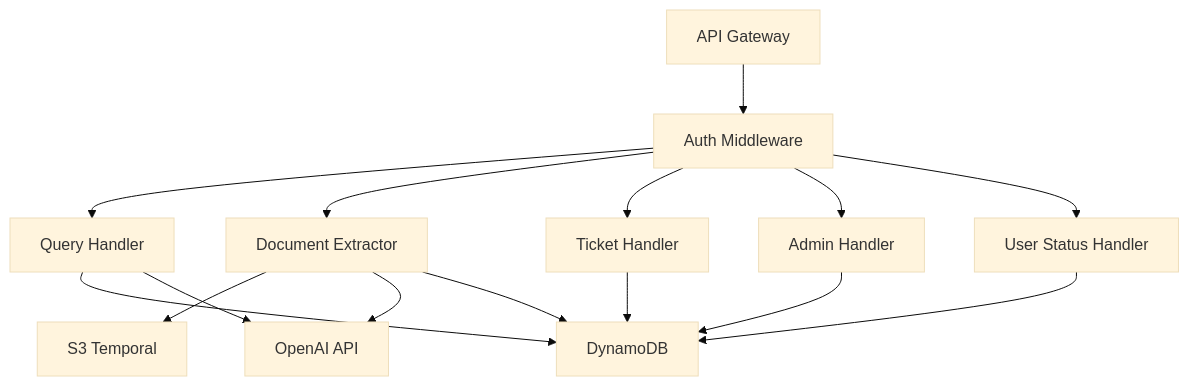
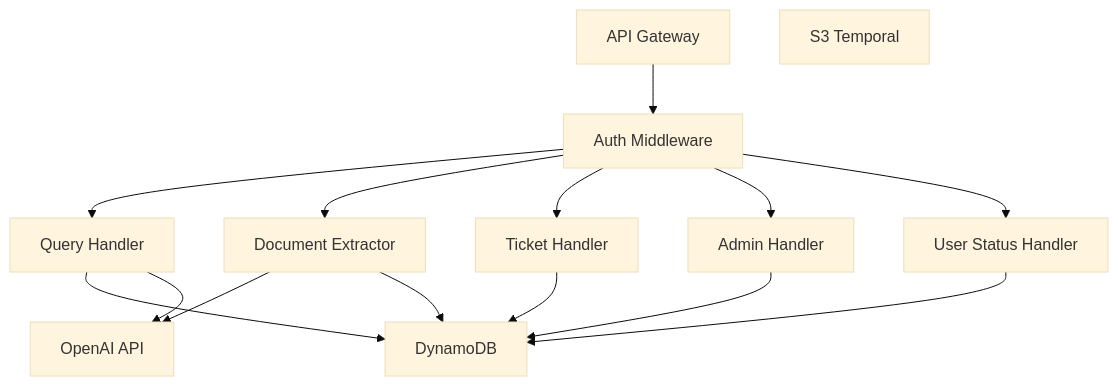
The third of 7 diagrams in README.md (hdballestan/ISAIA_gupo1), drawn with Mermaid (base theme) before and after one commit. The commit also changed other lines of this file and 2 other files, not shown here.

````diff
--- a/README.md
+++ b/README.md
@@ -332,29 +329,28 @@
 ```mermaid
 flowchart TB
   GW[API Gateway]
   AM[Auth Middleware]
   QH[Query Handler]
   DX[Document Extractor]
   TH[Ticket Handler]
   AH[Admin Handler]
   US[User Status Handler]
   DDB[DynamoDB]
   S3[S3 Temporal]
   OAI[OpenAI API]
 
   GW --> AM
   AM --> QH
   AM --> DX
   AM --> TH
   AM --> AH
   AM --> US
 
   QH --> DDB
   QH --> OAI
-  DX --> S3
   DX --> OAI
   DX --> DDB
   TH --> DDB
   AH --> DDB
   US --> DDB
 ```
````
